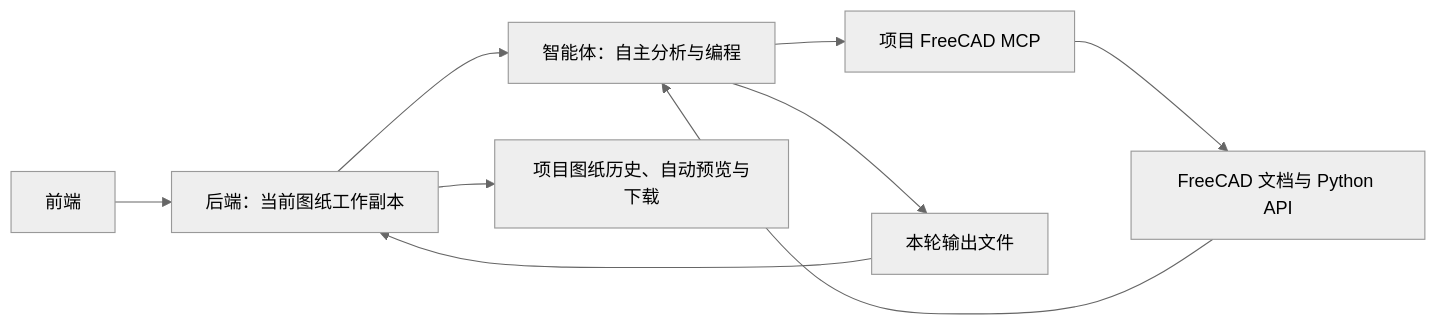
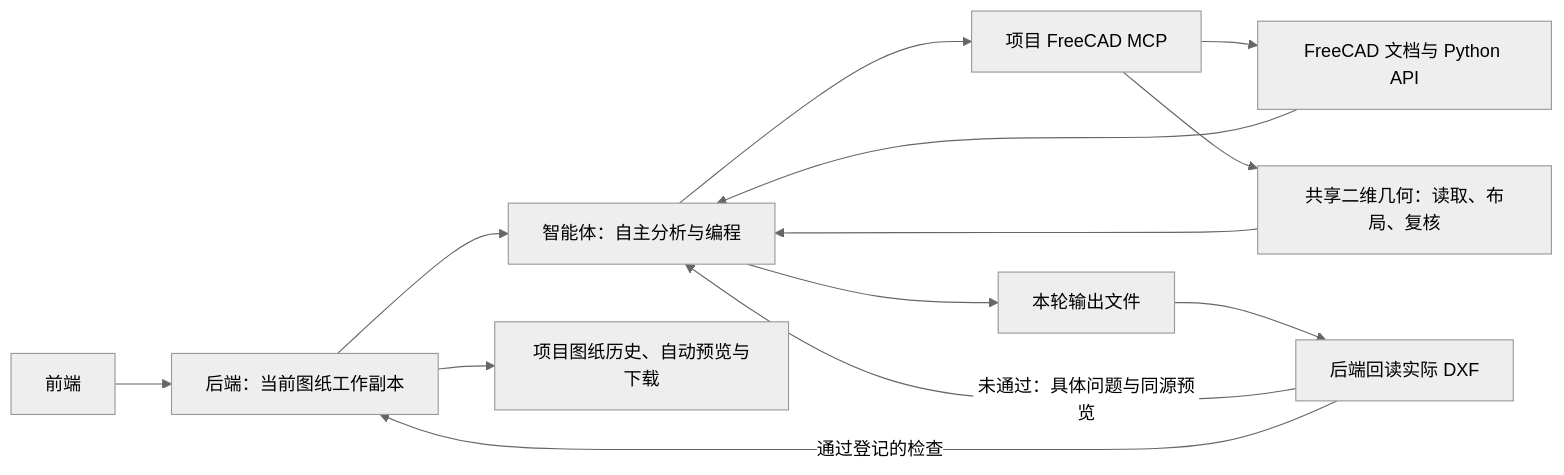
The diagram in README.md (Magnificent2003/cad-agent), drawn with Mermaid (neutral theme) before and after one commit. The commit also changed other lines of this file and 24 other files, not shown here.

````diff
--- a/README.md
+++ b/README.md
@@ -42,11 +42,15 @@
 ```mermaid
 flowchart LR
     UI[前端] --> API[后端：当前图纸工作副本]
     API --> Agent[智能体：自主分析与编程]
     Agent --> MCP[项目 FreeCAD MCP]
     MCP --> FC[FreeCAD 文档与 Python API]
+    MCP --> CAD[共享二维几何：读取、布局、复核]
     FC --> Agent
+    CAD --> Agent
     Agent --> Output[本轮输出文件]
-    Output --> API
+    Output --> Check[后端回读实际 DXF]
+    Check -->|未通过：具体问题与同源预览| Agent
+    Check -->|通过登记的检查| API
     API --> Result[项目图纸历史、自动预览与下载]
 ```
````
